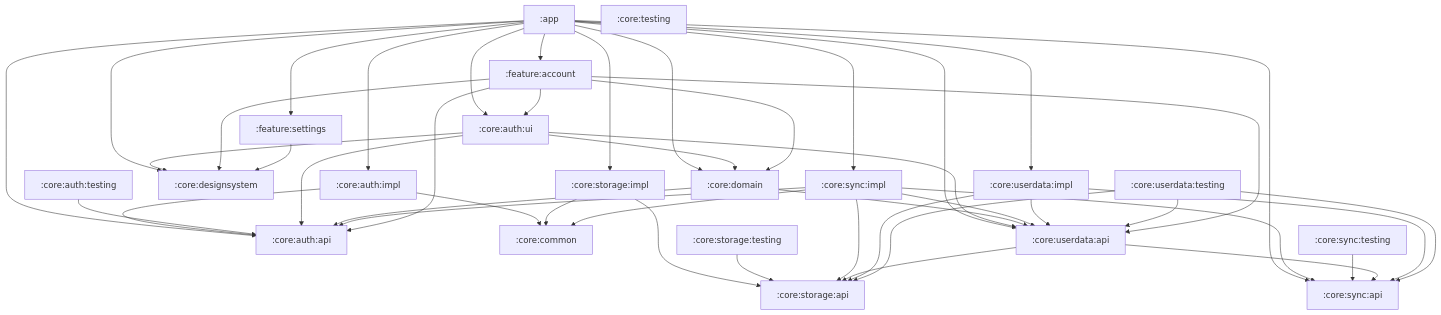
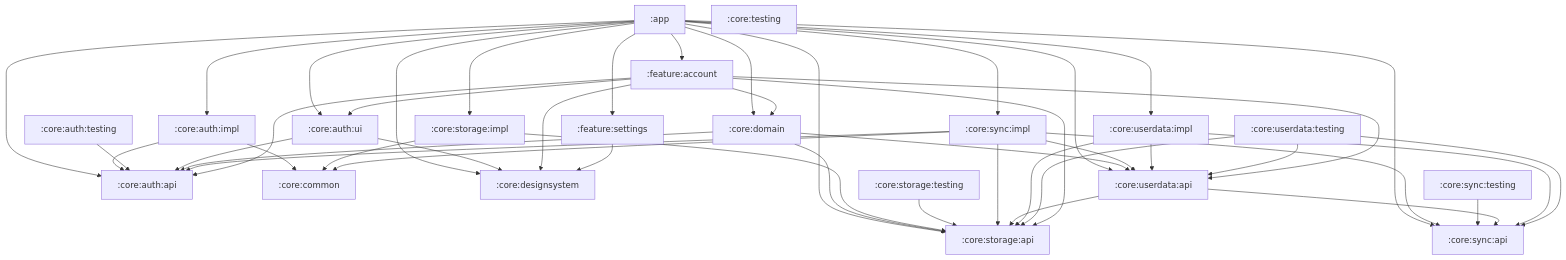
The diagram in README.md (toomanyeduardos/rolabox), drawn with Mermaid before and after one commit. The commit also changed other lines of this file and 27 other files, not shown here.

````diff
--- a/README.md
+++ b/README.md
@@ -170,67 +170,68 @@
 ```mermaid
 graph TD
     app[":app"]
     core_auth_api[":core:auth:api"]
     core_auth_impl[":core:auth:impl"]
     core_auth_testing[":core:auth:testing"]
     core_auth_ui[":core:auth:ui"]
     core_common[":core:common"]
     core_designsystem[":core:designsystem"]
     core_domain[":core:domain"]
     core_storage_api[":core:storage:api"]
     core_storage_impl[":core:storage:impl"]
     core_storage_testing[":core:storage:testing"]
     core_sync_api[":core:sync:api"]
     core_sync_impl[":core:sync:impl"]
     core_sync_testing[":core:sync:testing"]
     core_testing[":core:testing"]
     core_userdata_api[":core:userdata:api"]
     core_userdata_impl[":core:userdata:impl"]
     core_userdata_testing[":core:userdata:testing"]
     feature_account[":feature:account"]
     feature_settings[":feature:settings"]
     app --> core_auth_api
     app --> core_auth_impl
     app --> core_auth_ui
     app --> core_designsystem
     app --> core_domain
+    app --> core_storage_api
     app --> core_storage_impl
     app --> core_sync_api
     app --> core_sync_impl
     app --> core_userdata_api
     app --> core_userdata_impl
     app --> feature_account
     app --> feature_settings
     core_auth_impl --> core_auth_api
     core_auth_impl --> core_common
     core_auth_testing --> core_auth_api
     core_auth_ui --> core_auth_api
     core_auth_ui --> core_designsystem
-    core_auth_ui --> core_domain
-    core_auth_ui --> core_userdata_api
     core_domain --> core_auth_api
+    core_domain --> core_storage_api
     core_domain --> core_userdata_api
     core_storage_impl --> core_common
     core_storage_impl --> core_storage_api
     core_storage_testing --> core_storage_api
     core_sync_impl --> core_auth_api
     core_sync_impl --> core_common
     core_sync_impl --> core_storage_api
     core_sync_impl --> core_sync_api
     core_sync_impl --> core_userdata_api
     core_sync_testing --> core_sync_api
     core_userdata_api --> core_storage_api
     core_userdata_api --> core_sync_api
     core_userdata_impl --> core_storage_api
     core_userdata_impl --> core_sync_api
     core_userdata_impl --> core_userdata_api
     core_userdata_testing --> core_storage_api
     core_userdata_testing --> core_sync_api
     core_userdata_testing --> core_userdata_api
     feature_account --> core_auth_api
     feature_account --> core_auth_ui
     feature_account --> core_designsystem
     feature_account --> core_domain
+    feature_account --> core_storage_api
     feature_account --> core_userdata_api
     feature_settings --> core_designsystem
 ```
````
